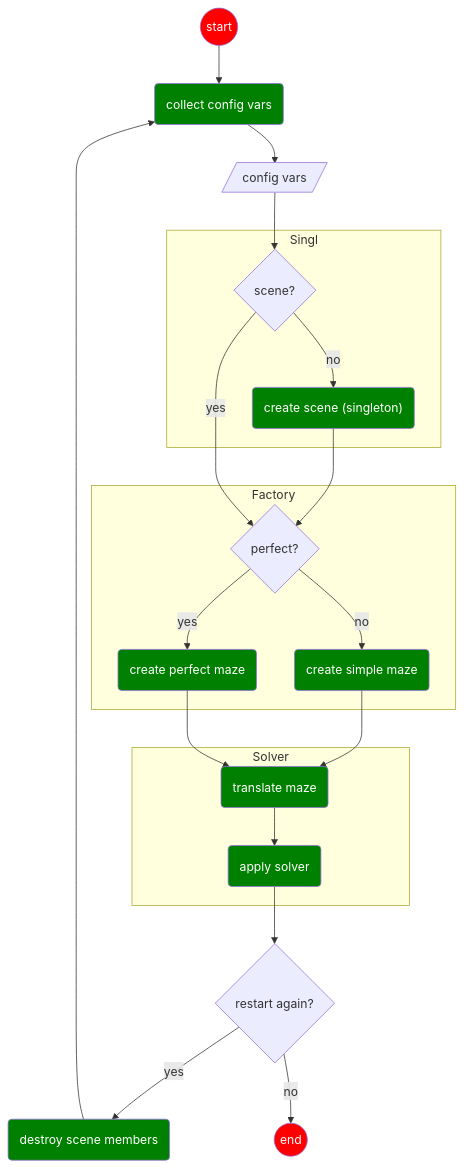
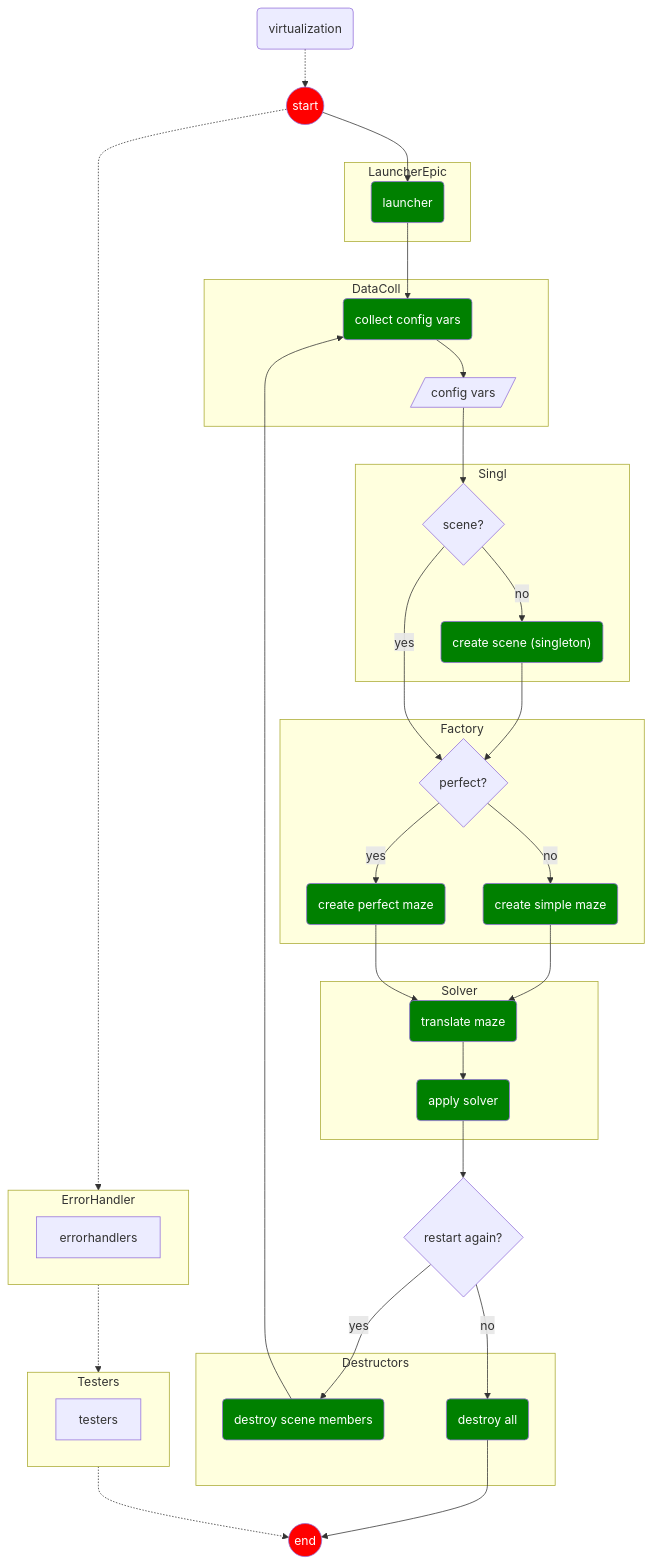
The diagram in project/README.md (evaristoc/a-maze-ing-42), drawn with Mermaid before and after one commit.

Commit message:
huis:development: DOC : modification of the diagram

````diff
--- a/project/README.md
+++ b/project/README.md
@@ -3,29 +3,48 @@
 ```mermaid
 flowchart TD
+subgraph ErrorHandler
+	errorhandlers
+end
+subgraph Testers
+	testers
+end
+Virt(virtualization) -.-> start
+start -.-> ErrorHandler -.-> Testers -.-> finish
 start((start)):::terminator
 HexTrans(translate maze):::process
 ShortDist(apply solver):::process
-start --> Collect(collect config vars):::process
+subgraph LauncherEpic
+	Launcher
+end
+start --> Launcher(launcher):::process
+Launcher --> Collect(collect config vars):::process
+subgraph DataColl
 Collect --> Config[/config vars/]
+end
 Config --> Singleton{scene?}
 subgraph Singl
 Singleton -->|no|Scene("create scene (singleton)"):::process
 end
 subgraph Factory
 Scene --> Fac
 Singleton -->|yes|Fac{perfect?}
 Fac --> |no|SimMaze(create simple maze):::process
 Fac --> |yes|PerMaze(create perfect maze):::process
 end
 SimMaze --> HexTrans
 PerMaze --> HexTrans
 subgraph Solver
 HexTrans --> ShortDist
 end
 ShortDist --> Restart{restart again?}
+subgraph Destructors
+Destroy
+DestroyAll(destroy all):::process
+end
 Destroy --> Collect
 Restart --> |yes|Destroy(destroy scene members):::process
-Restart -->|no|finish((end)):::terminator
+Restart --> |no|DestroyAll
+DestroyAll --> finish((end)):::terminator
 classDef terminator fill:#f00, color:#fff 
 classDef process fill:green, color:#fff
 ```
````
